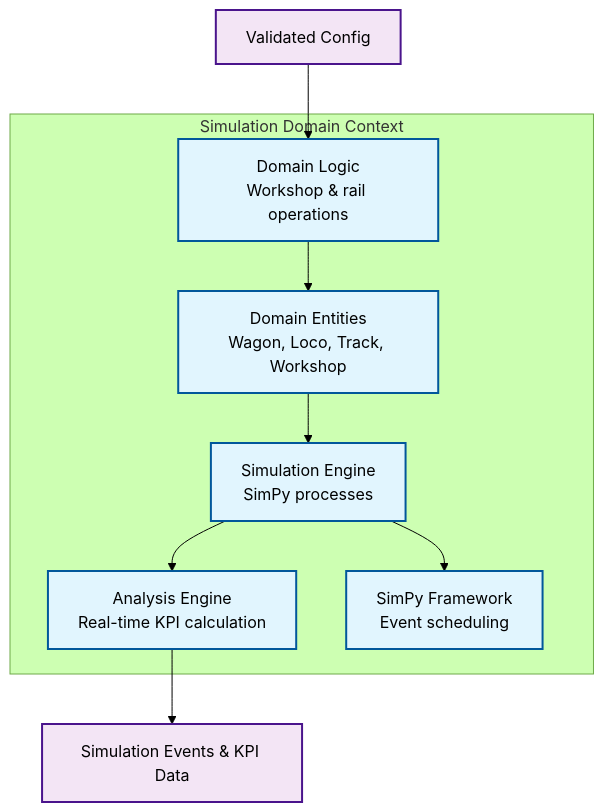
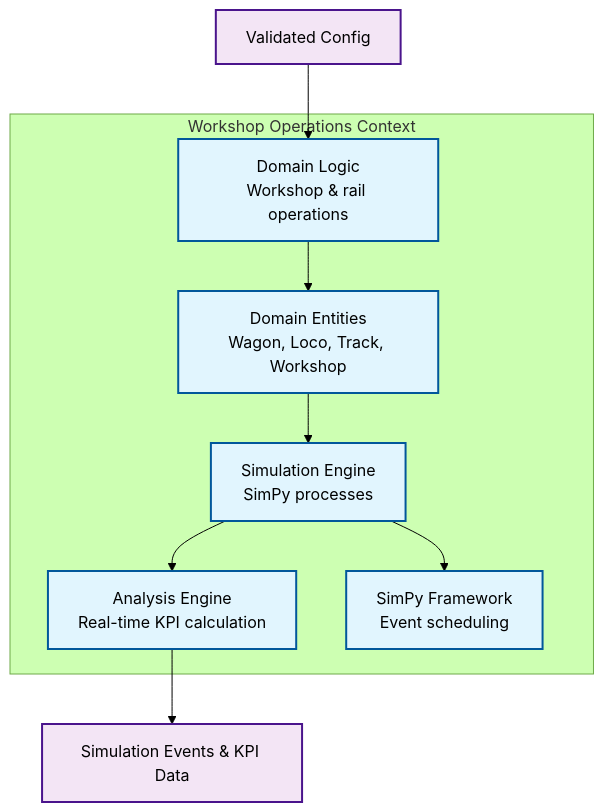
The third of 4 diagrams in docs/mvp/architecture/05-building-blocks.md (OpenRailAssociation/dac-migration-dss-popupsim), drawn with Mermaid (forest theme) before and after one commit. The commit also changed other lines of this file and 13 other files, not shown here.

````diff
--- a/docs/mvp/architecture/05-building-blocks.md
+++ b/docs/mvp/architecture/05-building-blocks.md
@@ -126,23 +126,23 @@
 ```mermaid
 graph TB
-    subgraph "Simulation Domain Context"
+    subgraph "Workshop Operations Context"
         DomainLogic["Domain Logic<br/>Workshop & rail operations"]
         Entities["Domain Entities<br/>Wagon, Loco, Track, Workshop"]
         SimEngine["Simulation Engine<br/>SimPy processes"]
         AnalysisEngine["Analysis Engine<br/>Real-time KPI calculation"]
         SimPy["SimPy Framework<br/>Event scheduling"]
     end
 
     Config[Validated Config] --> DomainLogic
     DomainLogic --> Entities
     Entities --> SimEngine
     SimEngine --> SimPy
     SimEngine --> AnalysisEngine
     AnalysisEngine --> Results[Simulation Events & KPI Data]
 
     classDef component fill:#e1f5fe,stroke:#01579b,stroke-width:2px
     classDef external fill:#f3e5f5,stroke:#4a148c,stroke-width:2px
 
     class DomainLogic,Entities,SimEngine,AnalysisEngine,SimPy component
     class Config,Results external
 ```
````
